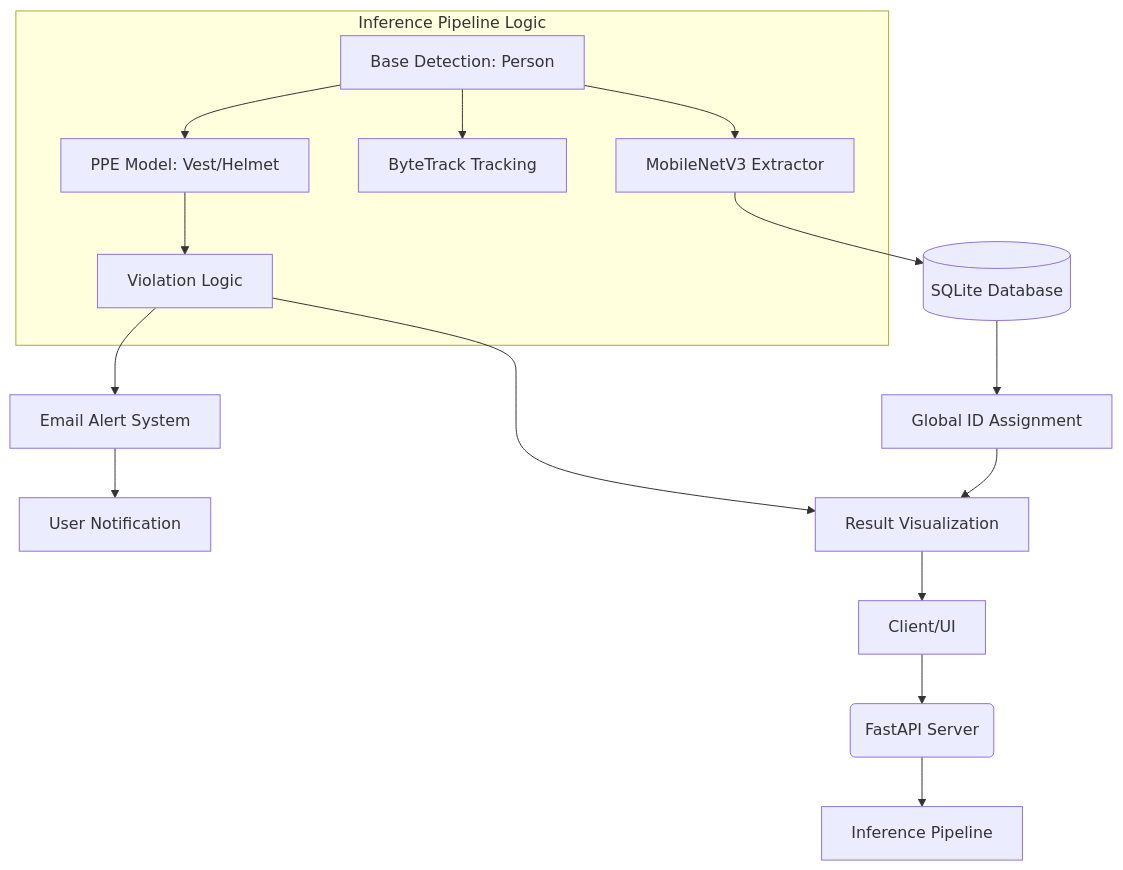
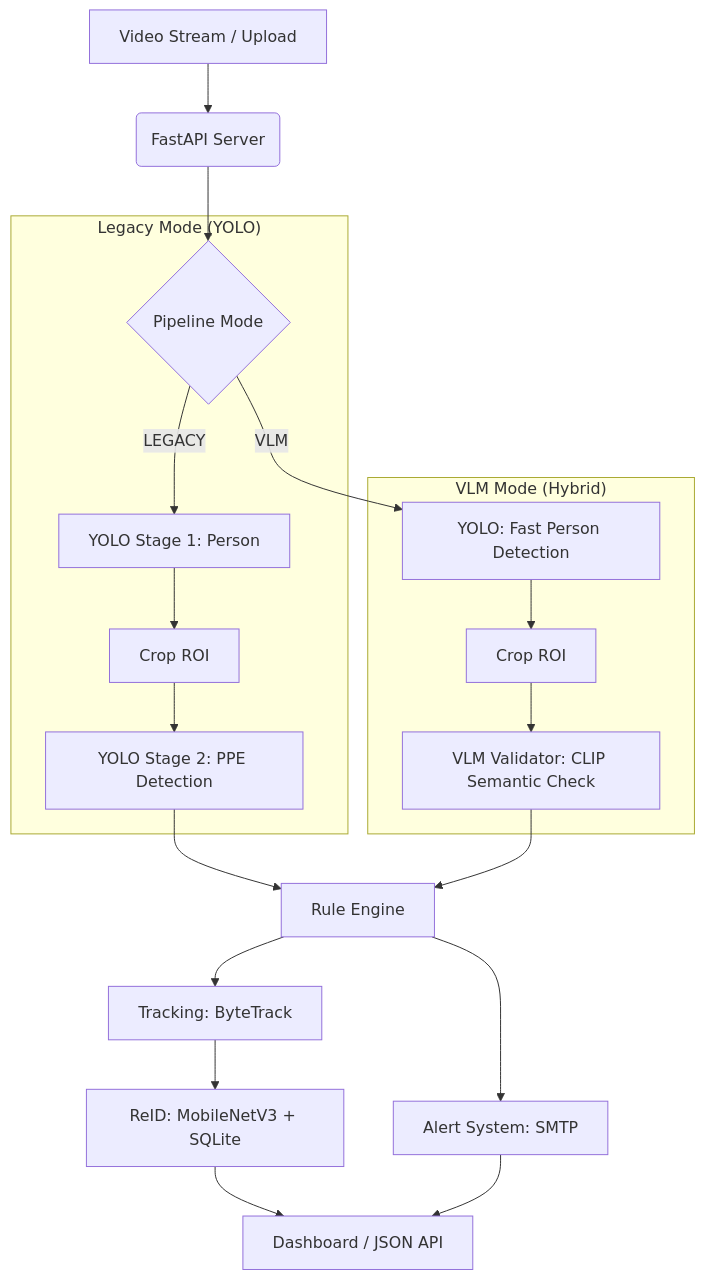
One commit to Susmita87/ppe-detection-synergy-project changed the diagram in README.md. Above: the diagram before and after it, drawn with Mermaid. The commit also changed other lines of this file and 6 other files, not shown here.

Commit message:
Added VLM model inference

````diff
--- a/README.md
+++ b/README.md
@@ -18,22 +18,27 @@
 ```mermaid
 graph TD
-    A[Client/UI] --> B(FastAPI Server)
-    B --> C[Inference Pipeline]
+    A[Video Stream / Upload] --> B(FastAPI Server)
+    B --> C{Pipeline Mode}
     
-    subgraph "Inference Pipeline Logic"
-        C1[Base Detection: Person] --> C2[PPE Model: Vest/Helmet]
-        C1 --> C3[ByteTrack Tracking]
-        C2 --> C4[Violation Logic]
-        C1 --> C5[MobileNetV3 Extractor]
+    subgraph "Legacy Mode (YOLO)"
+        C -- "LEGACY" --> L1[YOLO Stage 1: Person]
+        L1 --> L2[Crop ROI]
+        L2 --> L3[YOLO Stage 2: PPE Detection]
     end
     
-    C5 --> D[(SQLite Database)]
-    D --> E[Global ID Assignment]
+    subgraph "VLM Mode (Hybrid)"
+        C -- "VLM" --> V1[YOLO: Fast Person Detection]
+        V1 --> V2[Crop ROI]
+        V2 --> V3[VLM Validator: CLIP Semantic Check]
+    end
     
-    C4 --> F[Email Alert System]
-    F --> G[User Notification]
+    L3 --> D[Rule Engine]
+    V3 --> D
     
-    E --> H[Result Visualization]
-    C4 --> H
-    H --> A
+    D --> E[Tracking: ByteTrack]
+    E --> F[ReID: MobileNetV3 + SQLite]
+    
+    D --> G[Alert System: SMTP]
+    F --> H[Dashboard / JSON API]
+    G --> H
 ```
````
